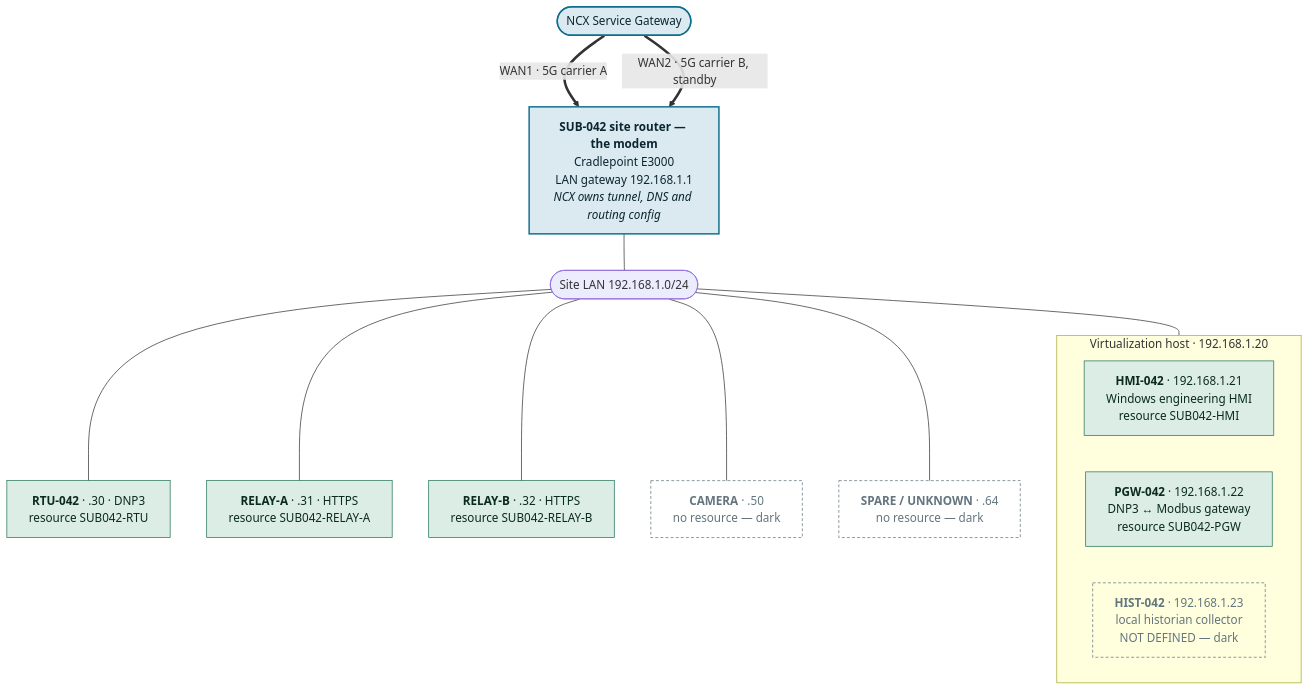
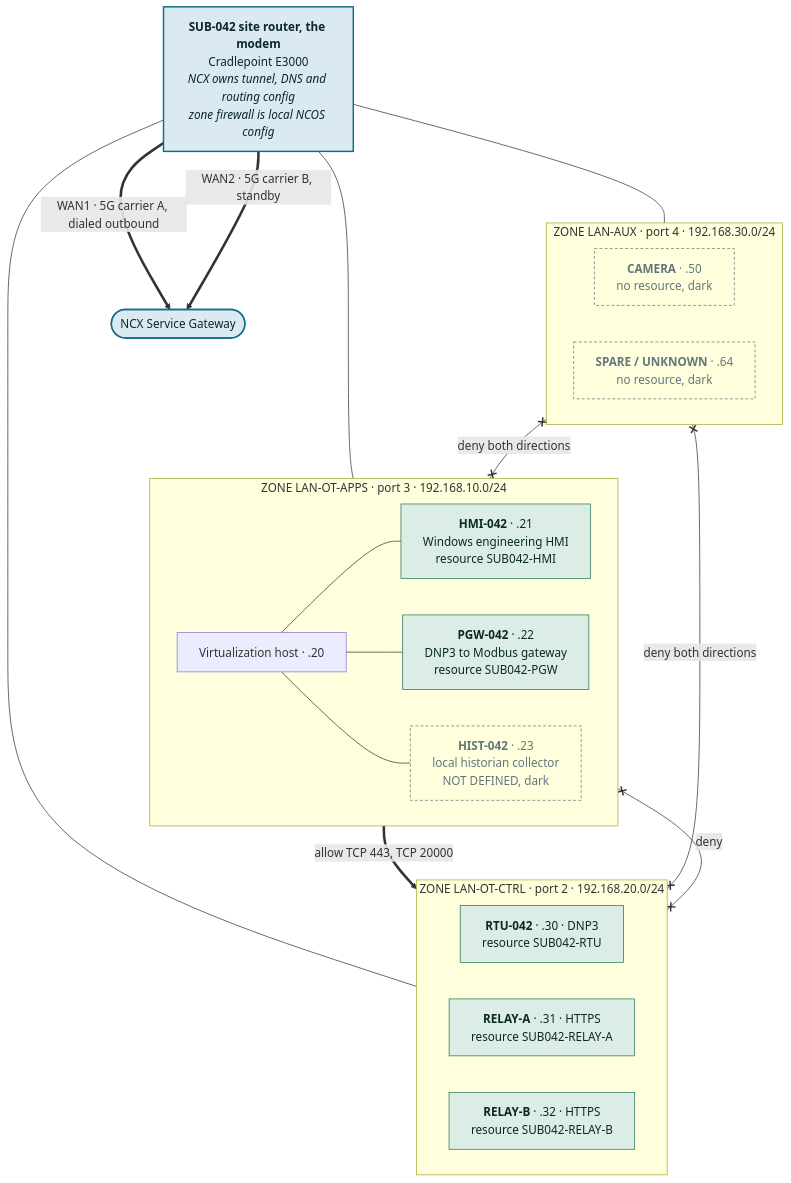
The third of 5 diagrams in diagrams.md (Tentacular8/ncx-grid-access), drawn with Mermaid before and after one commit. The commit also changed other lines of this file and 1 other file, not shown here.

````diff
--- a/diagrams.md
+++ b/diagrams.md
@@ -113,30 +134,45 @@
 ```mermaid
 flowchart TB
     SG(["NCX Service Gateway"])
-    RTR["<b>SUB-042 site router — the modem</b><br/>Cradlepoint E3000<br/>LAN gateway 192.168.1.1<br/><i>NCX owns tunnel, DNS and routing config</i>"]
-    LAN(["Site LAN 192.168.1.0/24"])
+    RTR["<b>SUB-042 site router, the modem</b><br/>Cradlepoint E3000<br/><i>NCX owns tunnel, DNS and routing config</i><br/><i>zone firewall is local NCOS config</i>"]
 
-    SG ==>|WAN1 · 5G carrier A| RTR
-    SG ==>|WAN2 · 5G carrier B, standby| RTR
-    RTR --- LAN
+    RTR ==>|WAN1 · 5G carrier A, dialed outbound| SG
+    RTR ==>|WAN2 · 5G carrier B, standby| SG
 
-    subgraph HOST["Virtualization host · 192.168.1.20"]
-        HMI["<b>HMI-042</b> · 192.168.1.21<br/>Windows engineering HMI<br/>resource SUB042-HMI"]
-        PGW["<b>PGW-042</b> · 192.168.1.22<br/>DNP3 ↔ Modbus gateway<br/>resource SUB042-PGW"]
-        HSTL["<b>HIST-042</b> · 192.168.1.23<br/>local historian collector<br/>NOT DEFINED — dark"]
+    subgraph Z2["ZONE LAN-OT-CTRL · port 2 · 192.168.20.0/24"]
+        RTU["<b>RTU-042</b> · .30 · DNP3<br/>resource SUB042-RTU"]
+        RLA["<b>RELAY-A</b> · .31 · HTTPS<br/>resource SUB042-RELAY-A"]
+        RLB["<b>RELAY-B</b> · .32 · HTTPS<br/>resource SUB042-RELAY-B"]
     end
 
-    LAN --- HOST
-    LAN --- RTU["<b>RTU-042</b> · .30 · DNP3<br/>resource SUB042-RTU"]
-    LAN --- RLA["<b>RELAY-A</b> · .31 · HTTPS<br/>resource SUB042-RELAY-A"]
-    LAN --- RLB["<b>RELAY-B</b> · .32 · HTTPS<br/>resource SUB042-RELAY-B"]
-    LAN --- CAM["<b>CAMERA</b> · .50<br/>no resource — dark"]
-    LAN --- SPR["<b>SPARE / UNKNOWN</b> · .64<br/>no resource — dark"]
+    subgraph Z1["ZONE LAN-OT-APPS · port 3 · 192.168.10.0/24"]
+        HOST["Virtualization host · .20"]
+        HMI["<b>HMI-042</b> · .21<br/>Windows engineering HMI<br/>resource SUB042-HMI"]
+        PGW["<b>PGW-042</b> · .22<br/>DNP3 to Modbus gateway<br/>resource SUB042-PGW"]
+        HSTL["<b>HIST-042</b> · .23<br/>local historian collector<br/>NOT DEFINED, dark"]
+        HOST --- HMI
+        HOST --- PGW
+        HOST --- HSTL
+    end
+
+    subgraph Z3["ZONE LAN-AUX · port 4 · 192.168.30.0/24"]
+        CAM["<b>CAMERA</b> · .50<br/>no resource, dark"]
+        SPR["<b>SPARE / UNKNOWN</b> · .64<br/>no resource, dark"]
+    end
+
+    RTR --- Z1
+    RTR --- Z2
+    RTR --- Z3
+
+    Z1 ==>|allow TCP 443, TCP 20000| Z2
+    Z2 x--x|deny| Z1
+    Z3 x--x|deny both directions| Z1
+    Z3 x--x|deny both directions| Z2
 
     classDef fabric fill:#DBEAF0,stroke:#0F6E8C,stroke-width:2px,color:#0b2630
     classDef allow fill:#DCEDE5,stroke:#26765A,color:#0b2b1e
     classDef dark fill:none,stroke:#63757E,stroke-dasharray:4 3,color:#63757E
     class SG,RTR fabric
     class HMI,PGW,RTU,RLA,RLB allow
     class HSTL,CAM,SPR dark
 ```
````
